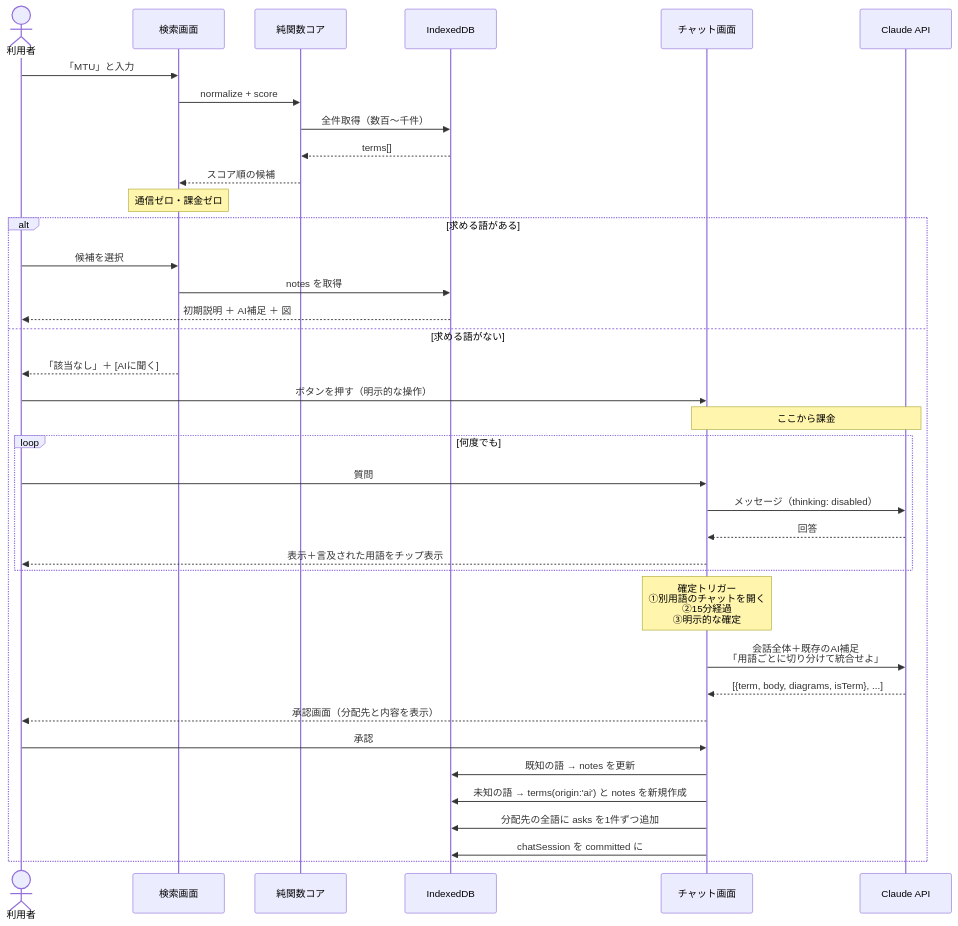
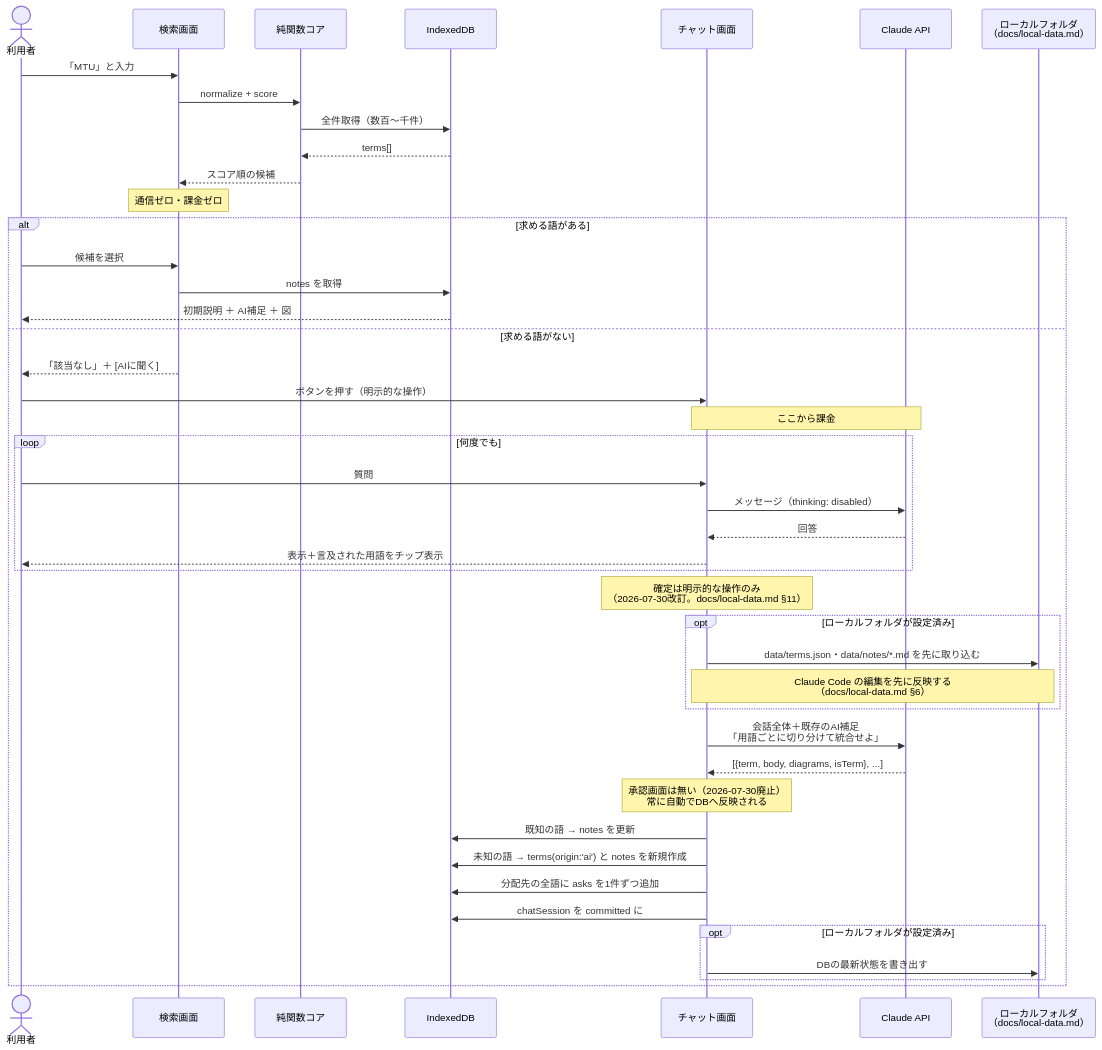
The fourth of 8 diagrams in docs/architecture.md (doryu0-04092/IT-Index), drawn with Mermaid before and after one commit. The commit also changed other lines of this file and 31 other files, not shown here.

First line of the commit message:
Add Claude Code editable local data layer; make chat commit button-only

````diff
--- a/docs/architecture.md
+++ b/docs/architecture.md
@@ -189,45 +189,54 @@
 ```mermaid
 sequenceDiagram
     actor U as 利用者
     participant S as 検索画面
     participant C as 純関数コア
     participant DB as IndexedDB
     participant CH as チャット画面
     participant AI as Claude API
+    participant FS as ローカルフォルダ<br/>（docs/local-data.md）
 
     U->>S: 「MTU」と入力
     S->>C: normalize + score
     C->>DB: 全件取得（数百〜千件）
     DB-->>C: terms[]
     C-->>S: スコア順の候補
     Note over S: 通信ゼロ・課金ゼロ
 
     alt 求める語がある
         U->>S: 候補を選択
         S->>DB: notes を取得
         DB-->>U: 初期説明 ＋ AI補足 ＋ 図
     else 求める語がない
         S-->>U: 「該当なし」＋ [AIに聞く]
         U->>CH: ボタンを押す（明示的な操作）
         Note over CH,AI: ここから課金
 
         loop 何度でも
             U->>CH: 質問
             CH->>AI: メッセージ（thinking: disabled）
             AI-->>CH: 回答
             CH-->>U: 表示＋言及された用語をチップ表示
         end
 
-        Note over CH: 確定トリガー<br/>①別用語のチャットを開く<br/>②15分経過<br/>③明示的な確定
+        Note over CH: 確定は明示的な操作のみ<br/>（2026-07-30改訂。docs/local-data.md §11）
+
+        opt ローカルフォルダが設定済み
+            CH->>FS: data/terms.json・data/notes/*.md を先に取り込む
+            Note over CH,FS: Claude Code の編集を先に反映する<br/>（docs/local-data.md §6）
+        end
 
         CH->>AI: 会話全体＋既存のAI補足<br/>「用語ごとに切り分けて統合せよ」
         AI-->>CH: [{term, body, diagrams, isTerm}, ...]
-        CH-->>U: 承認画面（分配先と内容を表示）
-        U->>CH: 承認
+        Note over CH: 承認画面は無い（2026-07-30廃止）<br/>常に自動でDBへ反映される
 
         CH->>DB: 既知の語 → notes を更新
         CH->>DB: 未知の語 → terms(origin:'ai') と notes を新規作成
         CH->>DB: 分配先の全語に asks を1件ずつ追加
         CH->>DB: chatSession を committed に
+
+        opt ローカルフォルダが設定済み
+            CH->>FS: DBの最新状態を書き出す
+        end
     end
 ```
````
